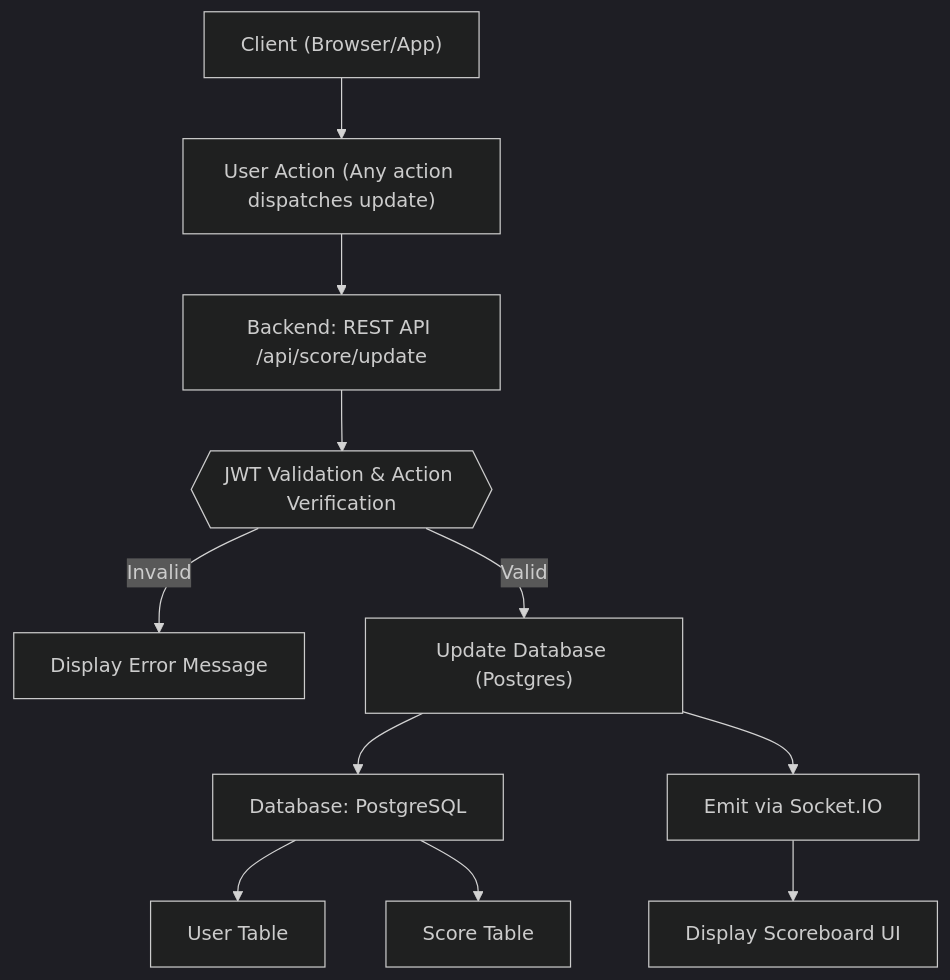
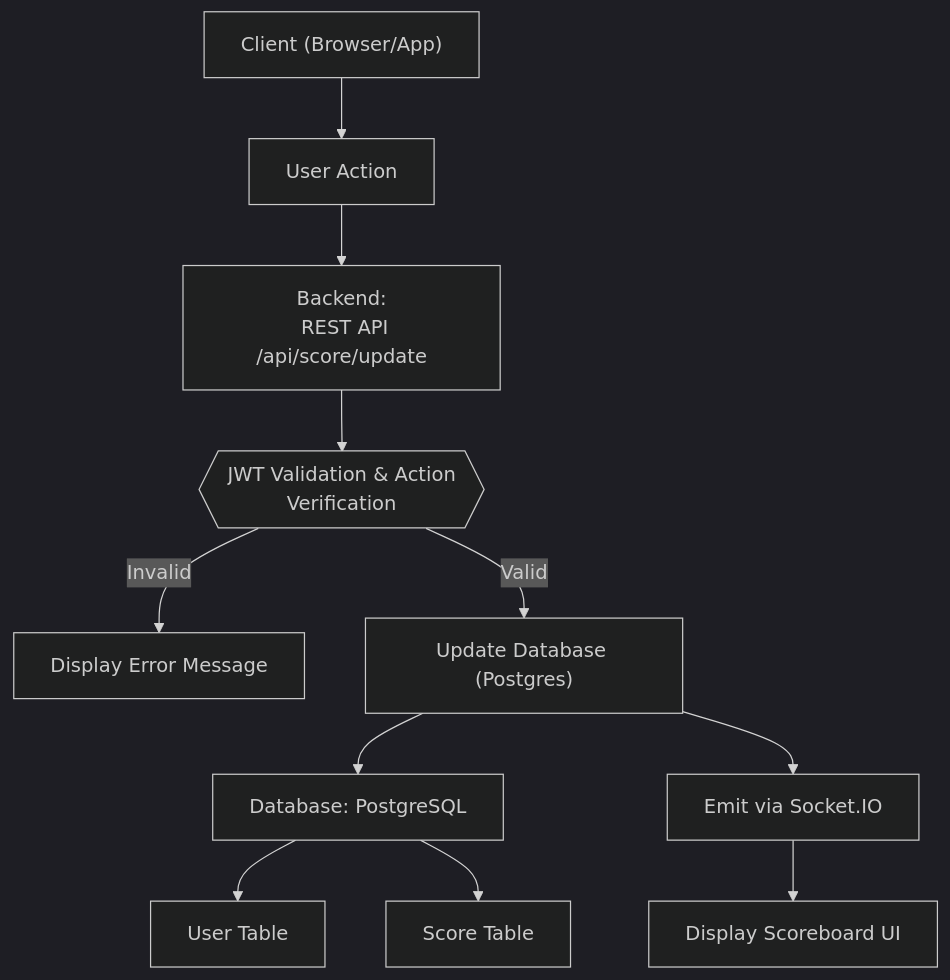
One commit to lvhoanthanh/react-login changed the diagram in backend/readme.md. Above: the diagram before and after it, drawn with Mermaid (dark theme). The commit also changed other lines of this file, not shown here.

````diff
--- a/backend/readme.md
+++ b/backend/readme.md
@@ -185,27 +91,27 @@
 ```mermaid
 flowchart TB
     %% Client
     A["Client (Browser/App)"]
-    B["User Action (Any action dispatches update)"]
+    B["User Action"]
     C["Display Scoreboard UI"]
     CE["Display Error Message"]
 
     %% Backend
-    D["Backend: REST API /api/score/update"]
-    E{{"JWT Validation & Action Verification"}}
+    D["Backend:<br/>  REST API /api/score/update"]
+    E{{"JWT Validation & Action<br/> Verification"}}
     F["Update Database (Postgres)"]
     G["Emit via Socket.IO"]
 
     %% Database
     H["Database: PostgreSQL"]
     I["User Table"]
     J["Score Table"]
 
     %% Flow
     A --> B --> D --> E
     E -- Valid --> F --> H
     H --> I
     H --> J
     F --> G --> C
     E -- Invalid --> CE
 ```
````
